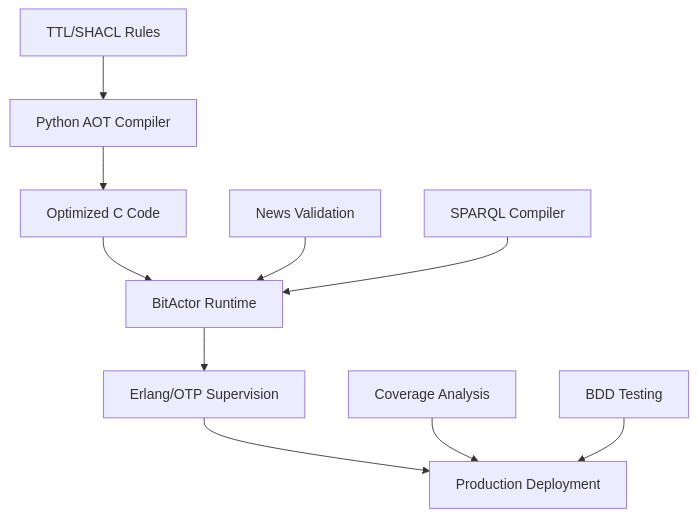
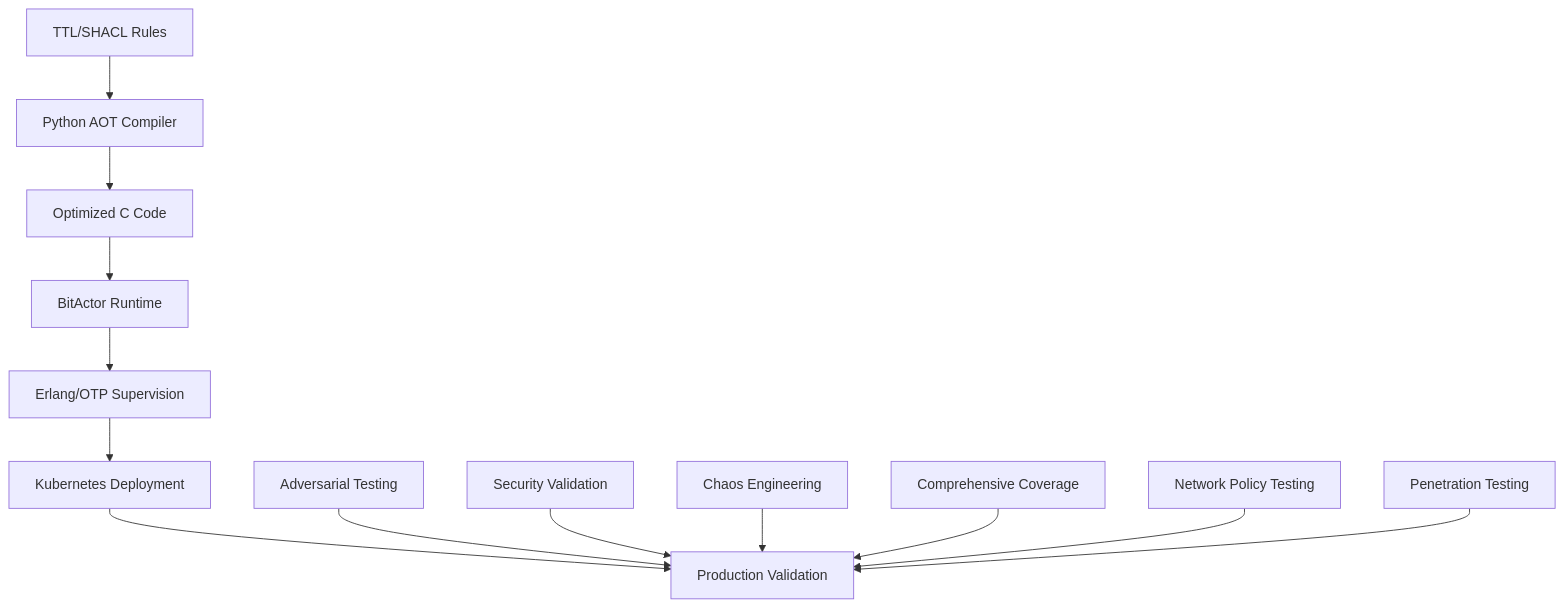
The diagram in README.md (seanchatmangpt/chatman-nano-stack), drawn with Mermaid before and after one commit. The commit also changed other lines of this file and 269 other files, not shown here.

````diff
--- a/README.md
+++ b/README.md
@@ -24,13 +25,16 @@
 ```mermaid
 graph TD
     A[TTL/SHACL Rules] --> B[Python AOT Compiler]
     B --> C[Optimized C Code]
     C --> D[BitActor Runtime]
     D --> E[Erlang/OTP Supervision]
-    E --> F[Production Deployment]
+    E --> F[Kubernetes Deployment]
+    F --> G[Production Validation]
     
-    G[News Validation] --> D
-    H[SPARQL Compiler] --> D
-    I[Coverage Analysis] --> F
-    J[BDD Testing] --> F
+    H[Adversarial Testing] --> G
+    I[Security Validation] --> G
+    J[Chaos Engineering] --> G
+    K[Comprehensive Coverage] --> G
+    L[Network Policy Testing] --> G
+    M[Penetration Testing] --> G
 ```
````
